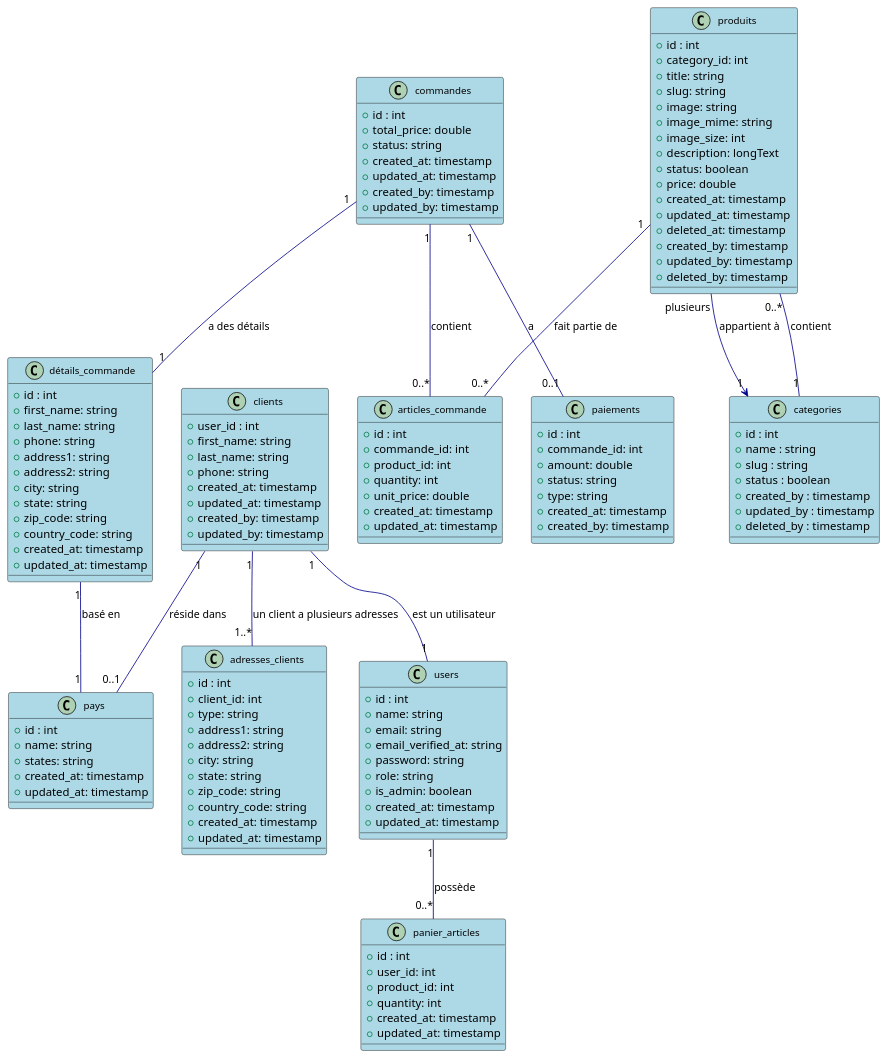
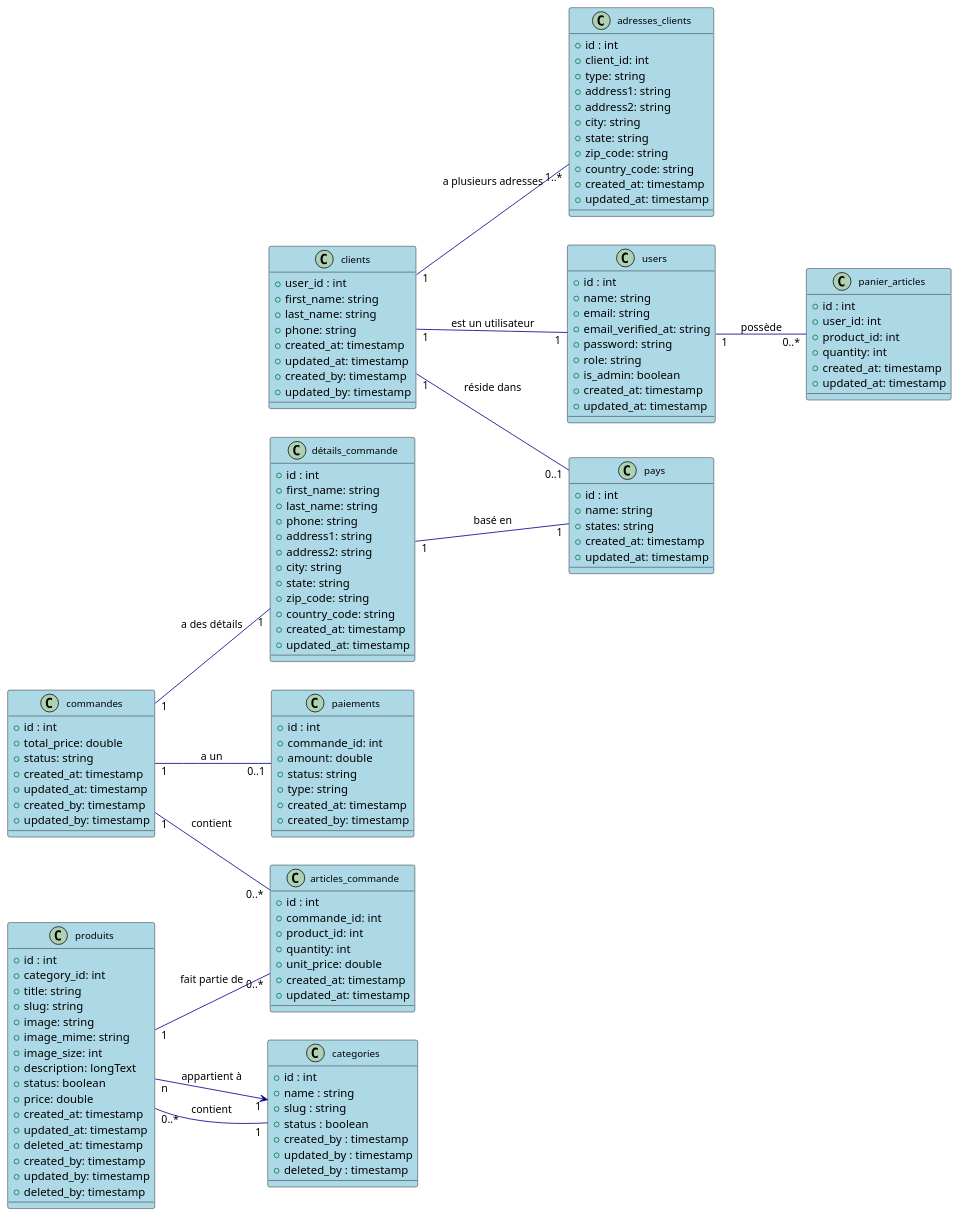
One commit to GEVIC21/Soutenance_documents changed the diagram in DiagramClass.puml. Above: the diagram before and after it, drawn with PlantUML. The commit also changed 19 other files, not shown here.

```diff
--- a/DiagramClass.puml
+++ b/DiagramClass.puml
@@ -1,158 +1,158 @@
 @startuml
 
 skinparam class {
     BackgroundColor LightBlue
     ArrowColor DarkBlue
     BorderColor Black
     FontSize 12
+}
+
+' Organisation visuelle des classes
+left to right direction
+
+' Mise en place des classes
+class users {
+    +id : int
+    +name: string
+    +email: string
+    +email_verified_at: string
+    +password: string
+    +role: string
+    +is_admin: boolean
+    +created_at: timestamp
+    +updated_at: timestamp
 }
 
 class clients {
     +user_id : int
     +first_name: string
     +last_name: string
     +phone: string
     +created_at: timestamp
     +updated_at: timestamp
     +created_by: timestamp
     +updated_by: timestamp
 }
 
-clients "1" -- "1" users : est un utilisateur
-
 class adresses_clients {
     +id : int
     +client_id: int
     +type: string
     +address1: string
     +address2: string
     +city: string
     +state: string
     +zip_code: string
     +country_code: string
-    +created_at: timestamp
-    +updated_at: timestamp
-}
-
-clients "1" -- "1..*" adresses_clients : un client a plusieurs adresses
-
-class pays {
-    +id : int
-    +name: string
-    +states: string
     +created_at: timestamp
     +updated_at: timestamp
 }
 
 class commandes {
     +id : int
     +total_price: double
     +status: string
     +created_at: timestamp
     +updated_at: timestamp
     +created_by: timestamp
     +updated_by: timestamp
 }
 
 class articles_commande {
     +id : int
     +commande_id: int
     +product_id: int
     +quantity: int
     +unit_price: double
     +created_at: timestamp
     +updated_at: timestamp
 }
 
 class détails_commande {
     +id : int
     +first_name: string
     +last_name: string
     +phone: string
     +address1: string
     +address2: string
     +city: string
     +state: string
     +zip_code: string
     +country_code: string
     +created_at: timestamp
     +updated_at: timestamp
 }
 
-commandes "1" -- "0..*" articles_commande : contient
-
-produits "1" -- "0..*" articles_commande : fait partie de
-
-class paiements {
-    +id : int
-    +commande_id: int
-    +amount: double
-    +status: string
-    +type: string
-    +created_at: timestamp
-    +created_by: timestamp
-}
-
-commandes "1" -- "0..1" paiements : a
-
-class categories {
-    +id : int
-    +name : string
-    +slug : string
-    +status : boolean
-    +created_by : timestamp
-    +updated_by : timestamp
-    +deleted_by : timestamp
-}
-
 class produits {
     +id : int
     +category_id: int
     +title: string
     +slug: string
     +image: string
     +image_mime: string
     +image_size: int
     +description: longText
     +status: boolean
     +price: double
     +created_at: timestamp
     +updated_at: timestamp
     +deleted_at: timestamp
     +created_by: timestamp
     +updated_by: timestamp
     +deleted_by: timestamp
 }
 
-categories "1" -- "0..*" produits : contient
-produits "plusieurs" --> "1" categories : appartient à
+class paiements {
+    +id : int
+    +commande_id: int
+    +amount: double
+    +status: string
+    +type: string
+    +created_at: timestamp
+    +created_by: timestamp
+}
 
-class users {
+class categories {
     +id : int
-    +name: string
-    +email: string
-    +email_verified_at: string
-    +password: string
-    +role: string
-    +is_admin: boolean
-    +created_at: timestamp
-    +updated_at: timestamp
+    +name : string
+    +slug : string
+    +status : boolean
+    +created_by : timestamp
+    +updated_by : timestamp
+    +deleted_by : timestamp
 }
 
 class panier_articles {
     +id : int
     +user_id: int
     +product_id: int
     +quantity: int
     +created_at: timestamp
     +updated_at: timestamp
 }
 
-users "1" -- "0..*" panier_articles : possède
+class pays {
+    +id : int
+    +name: string
+    +states: string
+    +created_at: timestamp
+    +updated_at: timestamp
+}
 
-' Nouvelle Relations détectées pour les détails et les pays
-clients "1" -- "0..1" pays : réside dans
-commandes "1" -- "1" détails_commande : a des détails
-détails_commande "1" -- "1" pays : basé en
+' Relations entre les classes
+clients "1" -- "1" users : "est un utilisateur"
+clients "1" -- "1..*" adresses_clients : "a plusieurs adresses"
+clients "1" -- "0..1" pays : "réside dans"
+
+commandes "1" -- "0..*" articles_commande : "contient"
+commandes "1" -- "1" détails_commande : "a des détails"
+commandes "1" -- "0..1" paiements : "a un"
+
+produits "1" -- "0..*" articles_commande : "fait partie de"
+produits "n" --> "1" categories : "appartient à"
+categories "1" -- "0..*" produits : "contient"
+
+users "1" -- "0..*" panier_articles : "possède"
+détails_commande "1" -- "1" pays : "basé en"
 
 @enduml
```
